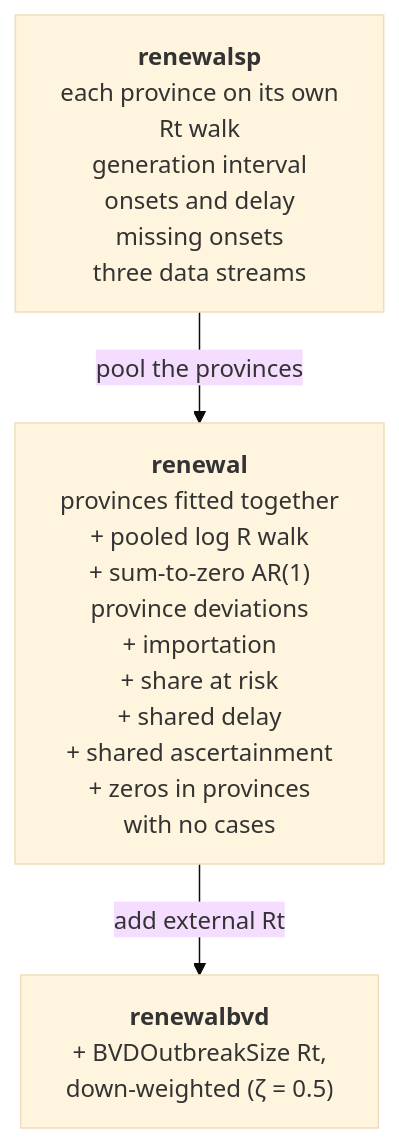
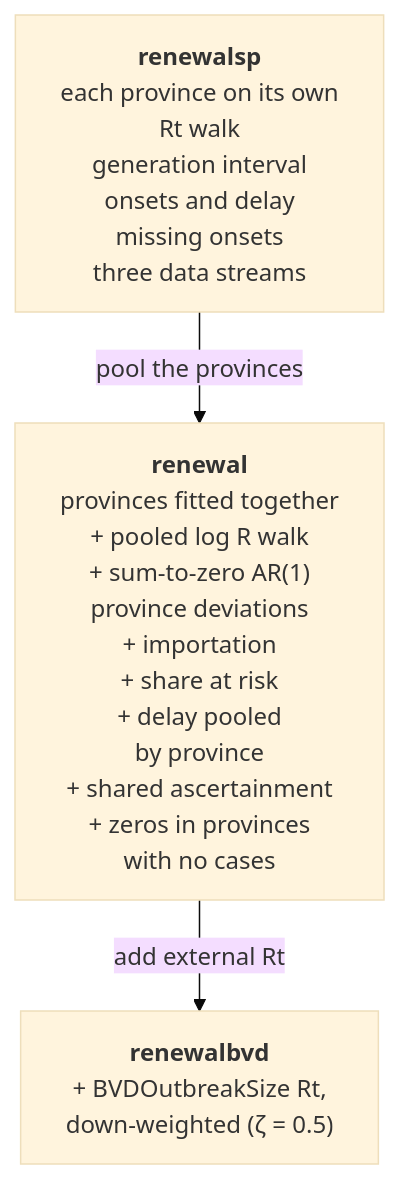
Before and after one commit to seabbs/BDBVHubRenewal: the first of 4 diagrams in docs/methods/model.md, drawn with Mermaid (base theme). The commit also changed other lines of this file and 8 other files, not shown here.

````diff
--- a/docs/methods/model.md
+++ b/docs/methods/model.md
@@ -18,9 +18,9 @@
 ```mermaid
 flowchart TD
     SP["<b>renewalsp</b><br/>each province on its own<br/>Rt walk<br/>generation interval<br/>onsets and delay<br/>missing onsets<br/>three data streams"]
-    RN["<b>renewal</b><br/>provinces fitted together<br/>+ pooled log R walk<br/>+ sum-to-zero AR(1)<br/>province deviations<br/>+ importation<br/>+ share at risk<br/>+ shared delay<br/>+ shared ascertainment<br/>+ zeros in provinces<br/>with no cases"]
+    RN["<b>renewal</b><br/>provinces fitted together<br/>+ pooled log R walk<br/>+ sum-to-zero AR(1)<br/>province deviations<br/>+ importation<br/>+ share at risk<br/>+ delay pooled<br/>by province<br/>+ shared ascertainment<br/>+ zeros in provinces<br/>with no cases"]
     BV["<b>renewalbvd</b><br/>+ BVDOutbreakSize Rt,<br/>down-weighted (ζ = 0.5)"]
 
     SP -- "pool the provinces" --> RN
     RN -- "add external Rt" --> BV
 ```
````
